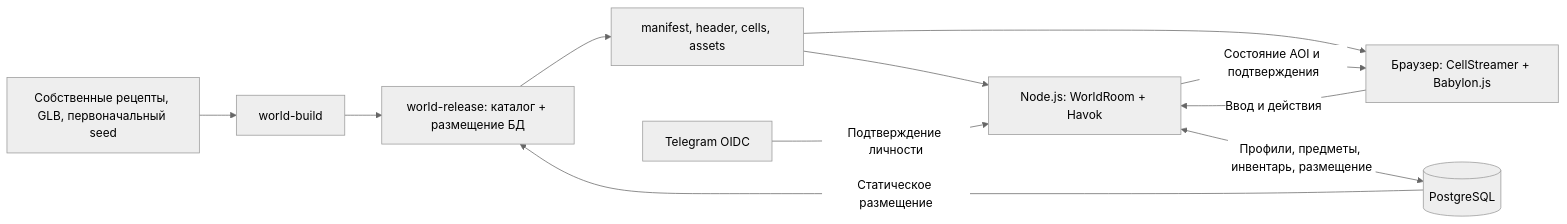
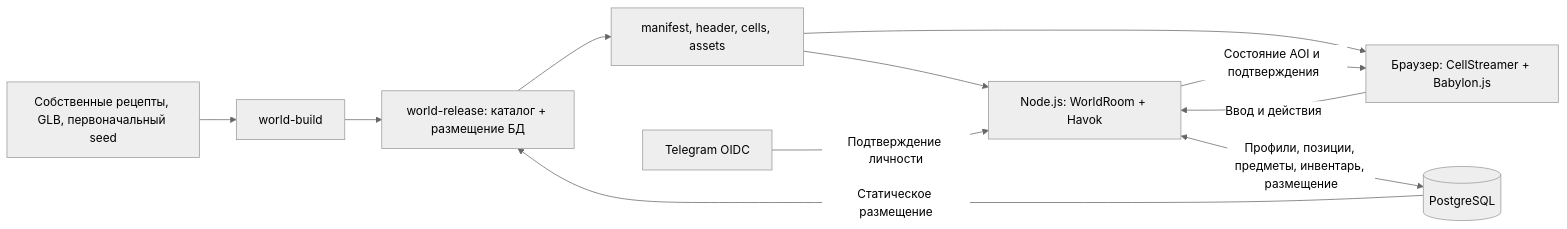
One commit to ftagn-superior/syktyvkar-underground changed the diagram in docs/architecture.md. Above: the diagram before and after it, drawn with Mermaid (neutral theme). The commit also changed other lines of this file and 7 other files, not shown here.

````diff
--- a/docs/architecture.md
+++ b/docs/architecture.md
@@ -9,13 +9,13 @@
 ```mermaid
 flowchart LR
     SOURCE["Собственные рецепты, GLB, первоначальный seed"] --> BUILD["world-build"]
     BUILD --> PUBLISH["world-release: каталог + размещение БД"]
     DB -->|"Статическое размещение"| PUBLISH
     PUBLISH --> BUNDLE["manifest, header, cells, assets"]
     BUNDLE --> SERVER["Node.js: WorldRoom + Havok"]
     BUNDLE --> CLIENT["Браузер: CellStreamer + Babylon.js"]
     CLIENT -->|"Ввод и действия"| SERVER
     SERVER -->|"Состояние AOI и подтверждения"| CLIENT
-    SERVER <-->|"Профили, предметы, инвентарь, размещение"| DB[(PostgreSQL)]
+    SERVER <-->|"Профили, позиции, предметы, инвентарь, размещение"| DB[(PostgreSQL)]
     OIDC["Telegram OIDC"] -->|"Подтверждение личности"| SERVER
 ```
````
